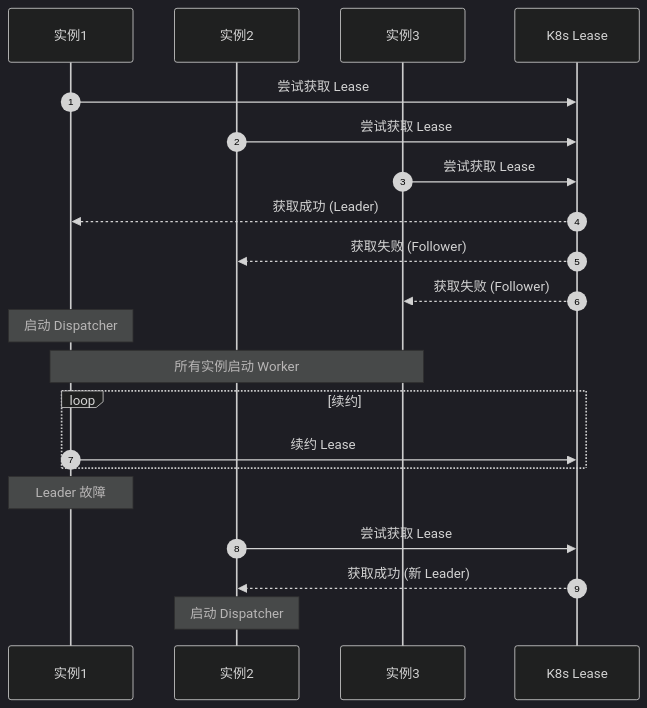
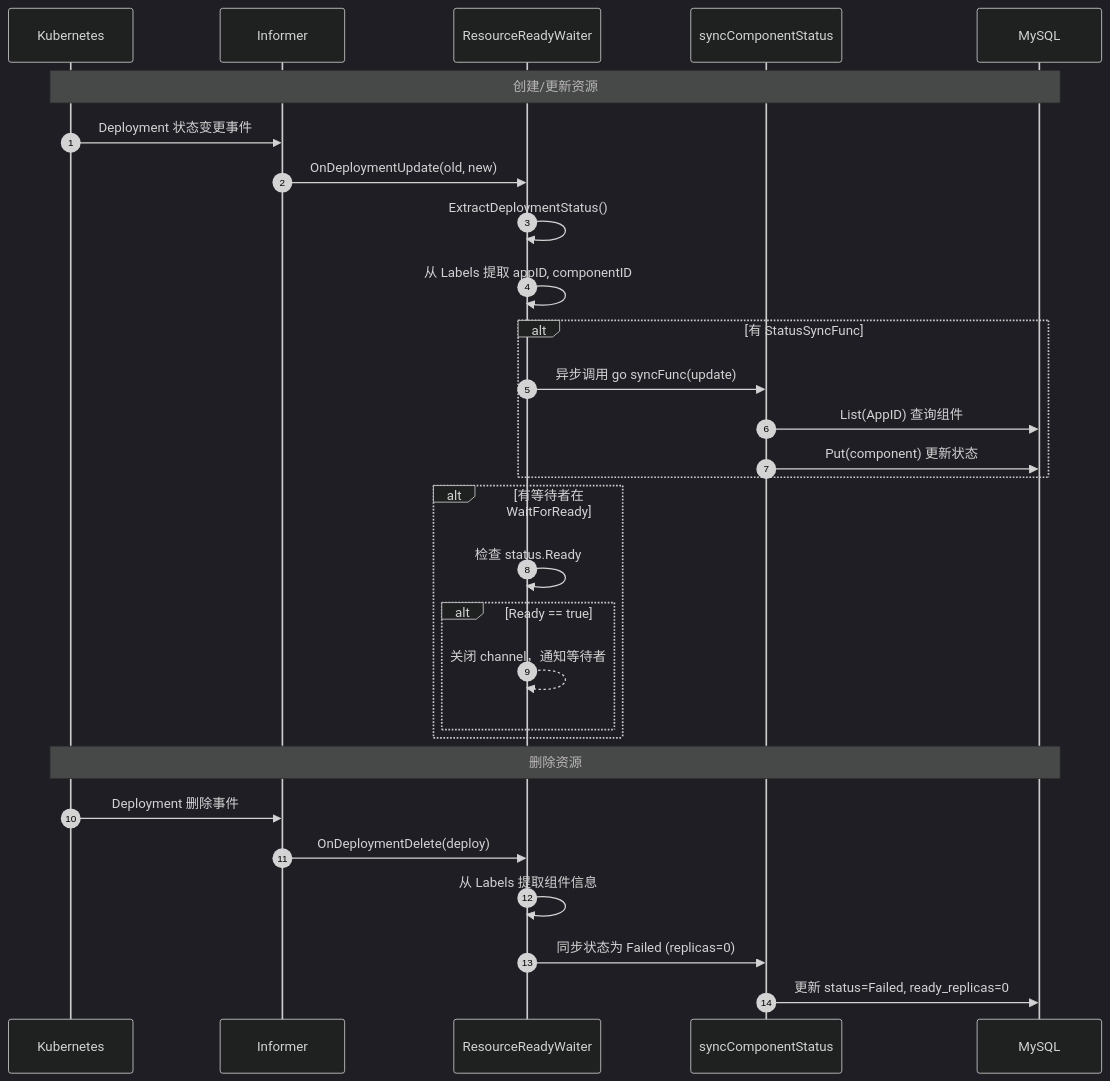
Before and after one commit to SilentEchoe/KubeMin-Cli: diagram 13 of 18 in docs/architecture-diagrams.md, drawn with Mermaid (dark theme). The commit also changed other lines of this file and 33 other files, not shown here.

````diff
--- a/docs/architecture-diagrams.md
+++ b/docs/architecture-diagrams.md
@@ -576,29 +693,35 @@
 ```mermaid
 sequenceDiagram
     autonumber
-    participant I1 as 实例1
-    participant I2 as 实例2
-    participant I3 as 实例3
-    participant Lease as K8s Lease
+    participant K8s as Kubernetes
+    participant Informer as Informer
+    participant Waiter as ResourceReadyWaiter
+    participant SyncFunc as syncComponentStatus
+    participant DB as MySQL
 
-    I1->>Lease: 尝试获取 Lease
-    I2->>Lease: 尝试获取 Lease
-    I3->>Lease: 尝试获取 Lease
-
-    Lease-->>I1: 获取成功 (Leader)
-    Lease-->>I2: 获取失败 (Follower)
-    Lease-->>I3: 获取失败 (Follower)
-
-    Note over I1: 启动 Dispatcher
-    Note over I1,I3: 所有实例启动 Worker
-
-    loop 续约
-        I1->>Lease: 续约 Lease
+    Note over K8s,DB: 创建/更新资源
+    K8s->>Informer: Deployment 状态变更事件
+    Informer->>Waiter: OnDeploymentUpdate(old, new)
+    Waiter->>Waiter: ExtractDeploymentStatus()
+    Waiter->>Waiter: 从 Labels 提取 appID, componentID
+    
+    alt 有 StatusSyncFunc
+        Waiter->>SyncFunc: 异步调用 go syncFunc(update)
+        SyncFunc->>DB: List(AppID) 查询组件
+        SyncFunc->>DB: Put(component) 更新状态
+    end
+    
+    alt 有等待者在 WaitForReady
+        Waiter->>Waiter: 检查 status.Ready
+        alt Ready == true
+            Waiter-->>Waiter: 关闭 channel，通知等待者
+        end
     end
 
-    Note over I1: Leader 故障
-
-    I2->>Lease: 尝试获取 Lease
-    Lease-->>I2: 获取成功 (新 Leader)
-    Note over I2: 启动 Dispatcher
+    Note over K8s,DB: 删除资源
+    K8s->>Informer: Deployment 删除事件
+    Informer->>Waiter: OnDeploymentDelete(deploy)
+    Waiter->>Waiter: 从 Labels 提取组件信息
+    Waiter->>SyncFunc: 同步状态为 Failed (replicas=0)
+    SyncFunc->>DB: 更新 status=Failed, ready_replicas=0
 ```
````
